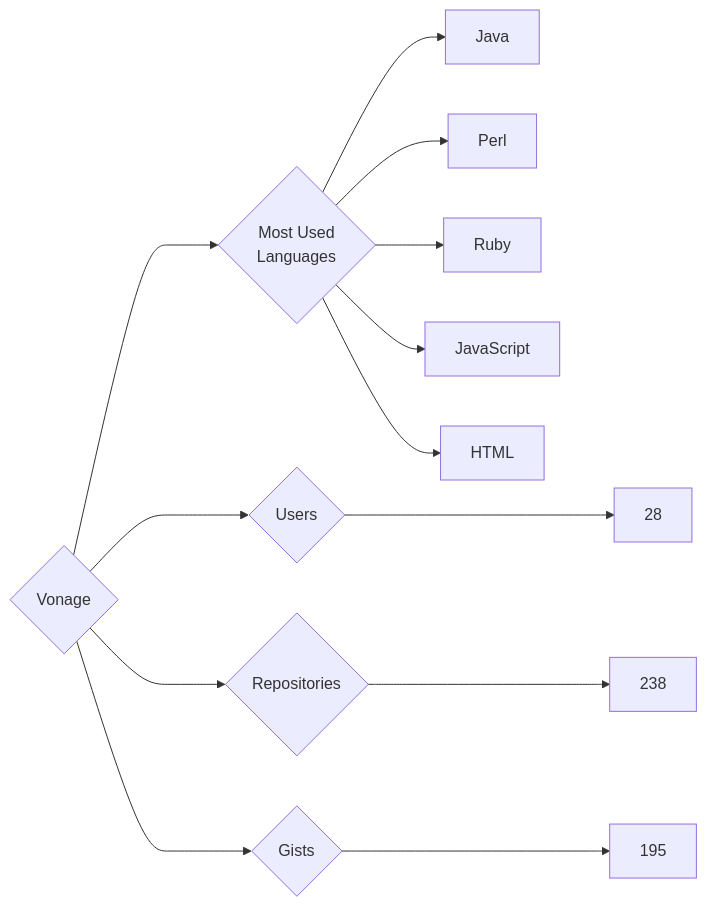
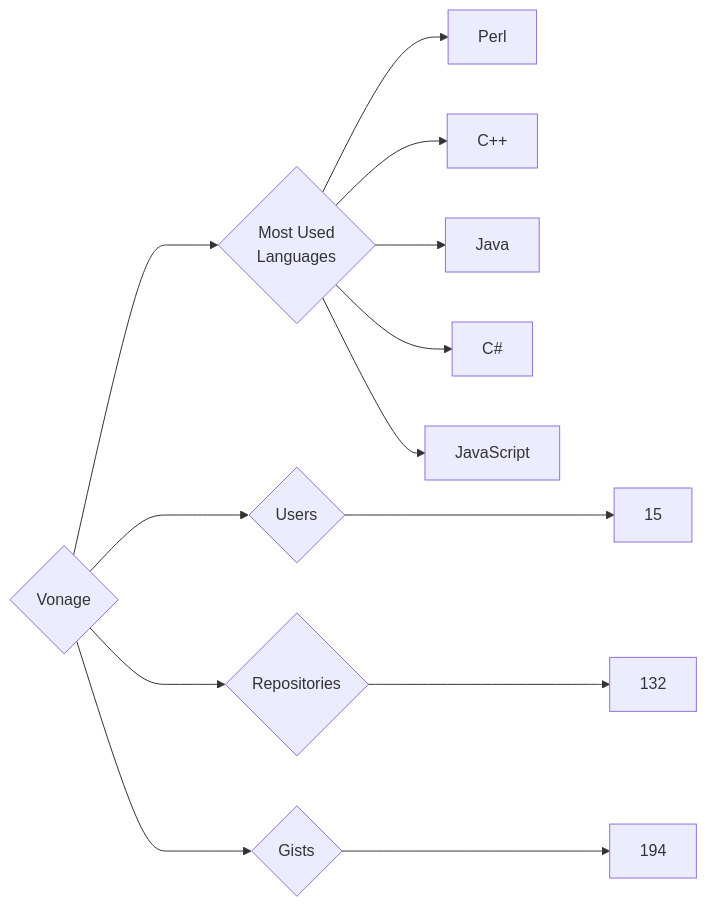
The diagram in targets/Vonage/README.md (trickest/insiders), drawn with Mermaid before and after one commit. The commit also changed 965 other files, not shown here.

````diff
--- a/targets/Vonage/README.md
+++ b/targets/Vonage/README.md
@@ -3,13 +3,13 @@
 ```mermaid
 graph LR
 COMPANY_NAME{Vonage}
-COMPANY_NAME ---> U{Users} ---> UN[28]
-COMPANY_NAME ---> R{Repositories} ---> RN[238]
-COMPANY_NAME ---> G{Gists} ---> GN[195]
+COMPANY_NAME ---> U{Users} ---> UN[15]
+COMPANY_NAME ---> R{Repositories} ---> RN[132]
+COMPANY_NAME ---> G{Gists} ---> GN[194]
 COMPANY_NAME ---> ML{Most Used<br>Languages}
+ML --> Perl[Perl]
+ML --> C++[C++]
 ML --> Java[Java]
-ML --> Perl[Perl]
-ML --> Ruby[Ruby]
+ML --> C#[C#]
 ML --> JavaScript[JavaScript]
-ML --> HTML[HTML]
 ```
````
